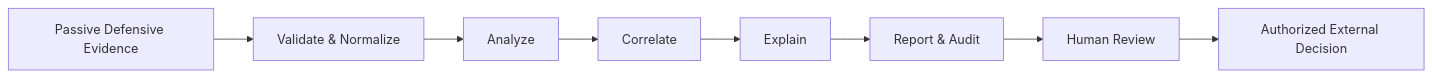
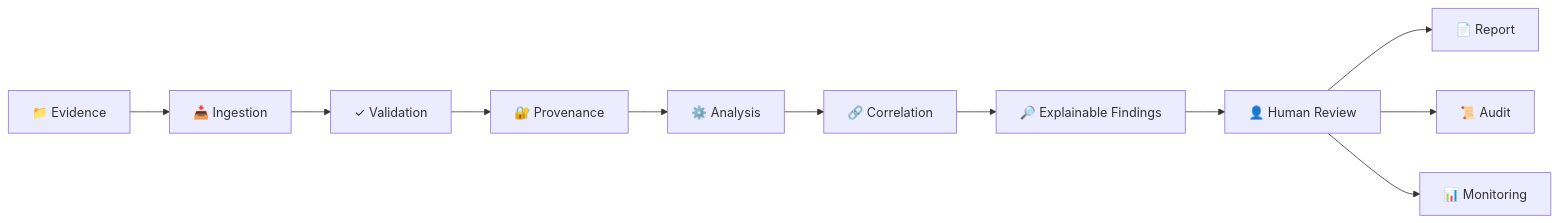
The first of 6 diagrams in README.md (ruveeha33/NuclearShield), drawn with Mermaid before and after one commit. The commit also changed other lines of this file, not shown here.

````diff
--- a/README.md
+++ b/README.md
@@ -108,10 +104,13 @@
 ```mermaid
 flowchart LR
-    A["Passive Defensive Evidence"] --> B["Validate & Normalize"]
-    B --> C["Analyze"]
-    C --> D["Correlate"]
-    D --> E["Explain"]
-    E --> F["Report & Audit"]
-    F --> G["Human Review"]
-    G --> H["Authorized External Decision"]
+    A["📁 Evidence"] --> B["📥 Ingestion"]
+    B --> C["✓ Validation"]
+    C --> D["🔐 Provenance"]
+    D --> E["⚙️ Analysis"]
+    E --> F["🔗 Correlation"]
+    F --> G["🔎 Explainable Findings"]
+    G --> H["👤 Human Review"]
+    H --> I["📄 Report"]
+    H --> J["📜 Audit"]
+    H --> K["📊 Monitoring"]
 ```
````
